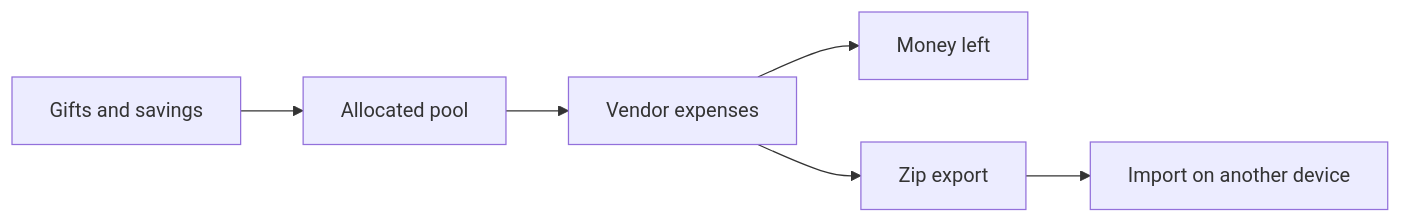
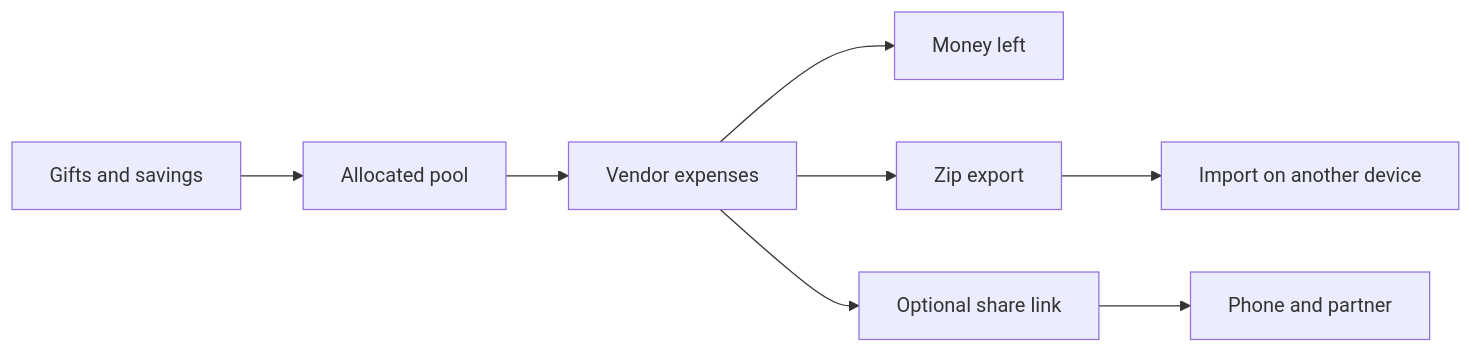
The diagram in docs/how-it-works.md (smeltery/trousseau), drawn with Mermaid before and after one commit. The commit also changed other lines of this file and 39 other files, not shown here.

First line of the commit message:
feat: add secret share-link cloud sync

````diff
--- a/docs/how-it-works.md
+++ b/docs/how-it-works.md
@@ -7,8 +7,10 @@
 ```mermaid
 flowchart LR
   gifts["Gifts and savings"] --> pool["Allocated pool"]
   pool --> expenses["Vendor expenses"]
   expenses --> remaining["Money left"]
   expenses --> backup["Zip export"]
   backup --> import["Import on another device"]
+  expenses --> share["Optional share link"]
+  share --> devices["Phone and partner"]
 ```
````
